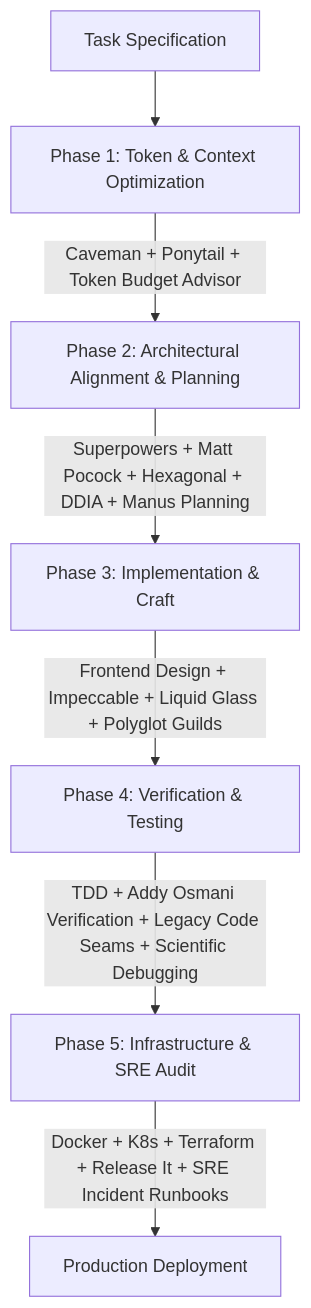
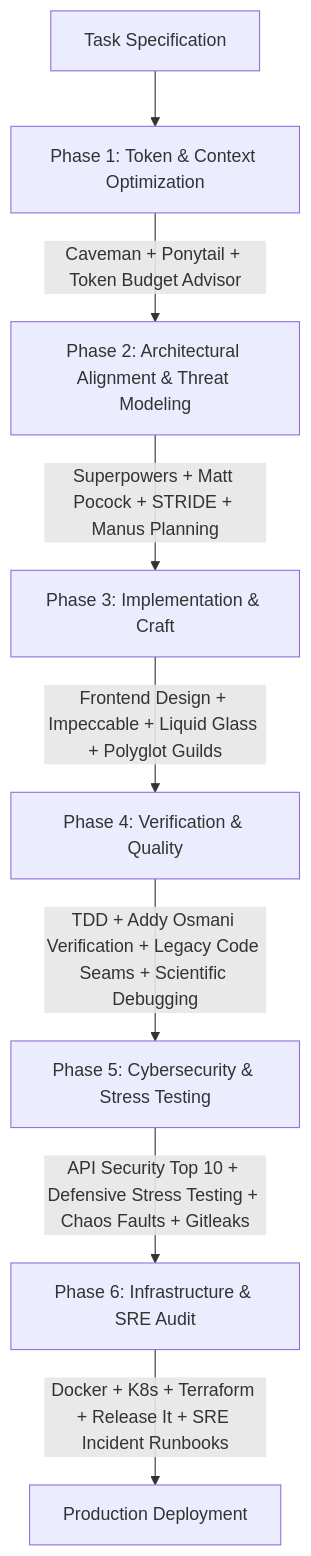
Before and after one commit to Serion89/all-in-one-skills-for-ai: the diagram in README.md, drawn with Mermaid. The commit also changed other lines of this file and 5 other files, not shown here.

Commit message:
feat: add defensive cybersecurity, threat modeling, and safe stress testing skills (STRIDE Threat Modeling, Defensive Stress Testing, API Security Top 10, Chaos Engineering, Secret Leak Prevention); total 105 skills

````diff
--- a/README.md
+++ b/README.md
@@ -18,9 +19,10 @@
 ```mermaid
 graph TD
     A[Task Specification] --> B[Phase 1: Token & Context Optimization]
-    B -->|Caveman + Ponytail + Token Budget Advisor| C[Phase 2: Architectural Alignment & Planning]
-    C -->|Superpowers + Matt Pocock + Hexagonal + DDIA + Manus Planning| D[Phase 3: Implementation & Craft]
-    D -->|Frontend Design + Impeccable + Liquid Glass + Polyglot Guilds| E[Phase 4: Verification & Testing]
-    E -->|TDD + Addy Osmani Verification + Legacy Code Seams + Scientific Debugging| F[Phase 5: Infrastructure & SRE Audit]
-    F -->|Docker + K8s + Terraform + Release It + SRE Incident Runbooks| G[Production Deployment]
+    B -->|Caveman + Ponytail + Token Budget Advisor| C[Phase 2: Architectural Alignment & Threat Modeling]
+    C -->|Superpowers + Matt Pocock + STRIDE + Manus Planning| D[Phase 3: Implementation & Craft]
+    D -->|Frontend Design + Impeccable + Liquid Glass + Polyglot Guilds| E[Phase 4: Verification & Quality]
+    E -->|TDD + Addy Osmani Verification + Legacy Code Seams + Scientific Debugging| F[Phase 5: Cybersecurity & Stress Testing]
+    F -->|API Security Top 10 + Defensive Stress Testing + Chaos Faults + Gitleaks| G[Phase 6: Infrastructure & SRE Audit]
+    G -->|Docker + K8s + Terraform + Release It + SRE Incident Runbooks| H[Production Deployment]
 ```
````
